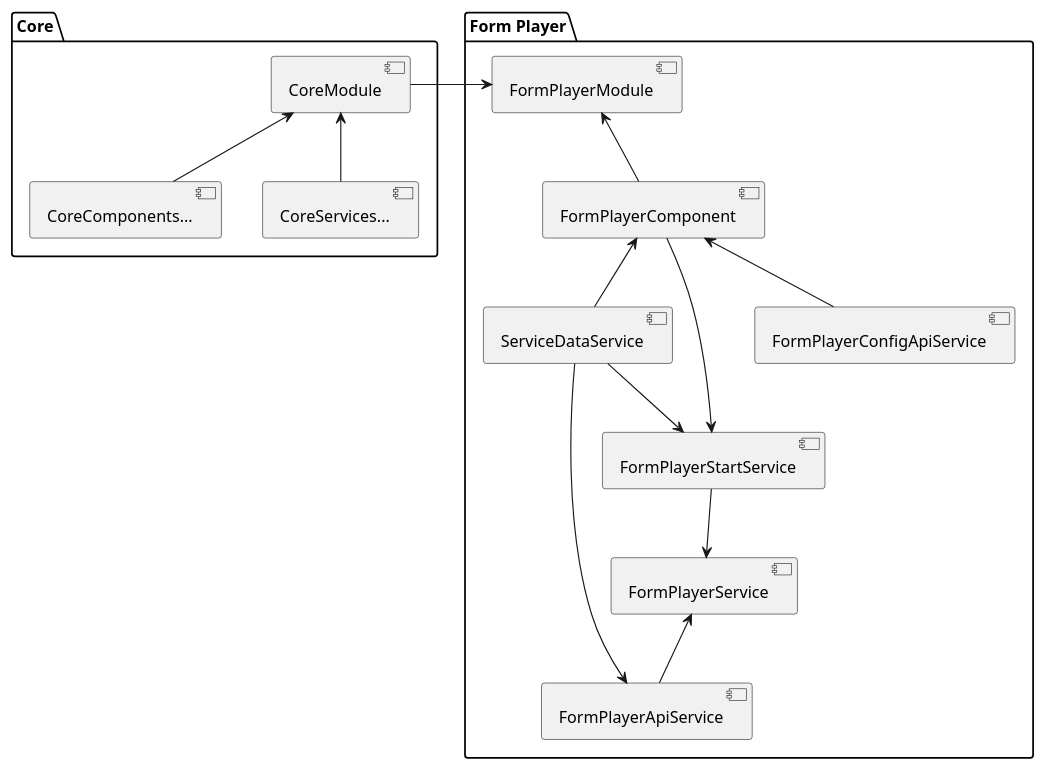
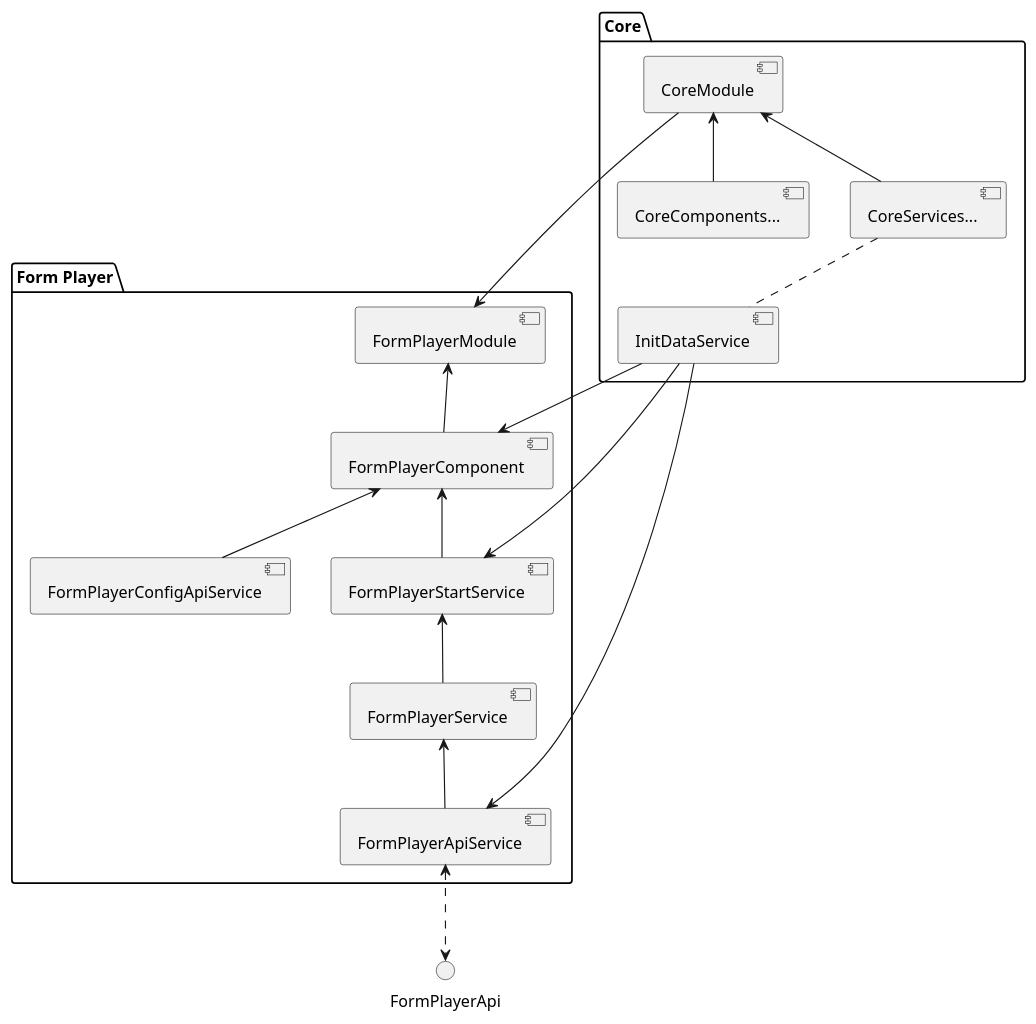
Before and after one commit to IvanAleeksevyandexru/front: the diagram in documentations/architecture/component-diagram-current.puml, drawn with PlantUML.

Commit message:
docs: обновил uml после рефакторинга [EPGUCORE-45001]

```diff
--- a/documentations/architecture/component-diagram-current.puml
+++ b/documentations/architecture/component-diagram-current.puml
@@ -1,23 +1,26 @@
 @startuml
 
 package "Form Player" {
   [FormPlayerModule] <-- [FormPlayerComponent]
-  [FormPlayerComponent] <-- [ServiceDataService]
-  [ServiceDataService] --> [FormPlayerStartService]
-  [ServiceDataService] --> [FormPlayerApiService]
   [FormPlayerComponent] <-- [FormPlayerConfigApiService]
-  [FormPlayerComponent] --> [FormPlayerStartService]
-  [FormPlayerStartService] --> [FormPlayerService]
+  [FormPlayerComponent] <-- [FormPlayerStartService]
+  [FormPlayerStartService] <-- [FormPlayerService]
   [FormPlayerService] <-- [FormPlayerApiService]
 }
+
+[FormPlayerApiService] <..> FormPlayerApi
 
 package "Core" {
   [CoreModule] -> [FormPlayerModule]
   [CoreModule] <-- [CoreComponents...]
   [CoreModule] <-- [CoreServices...]
+  [CoreServices...] .. [InitDataService]
+  [InitDataService] --> [FormPlayerComponent]
+  [InitDataService] --> [FormPlayerStartService]
+  [InitDataService] --> [FormPlayerApiService]
 }
 
 
 
 
 @enduml
```
